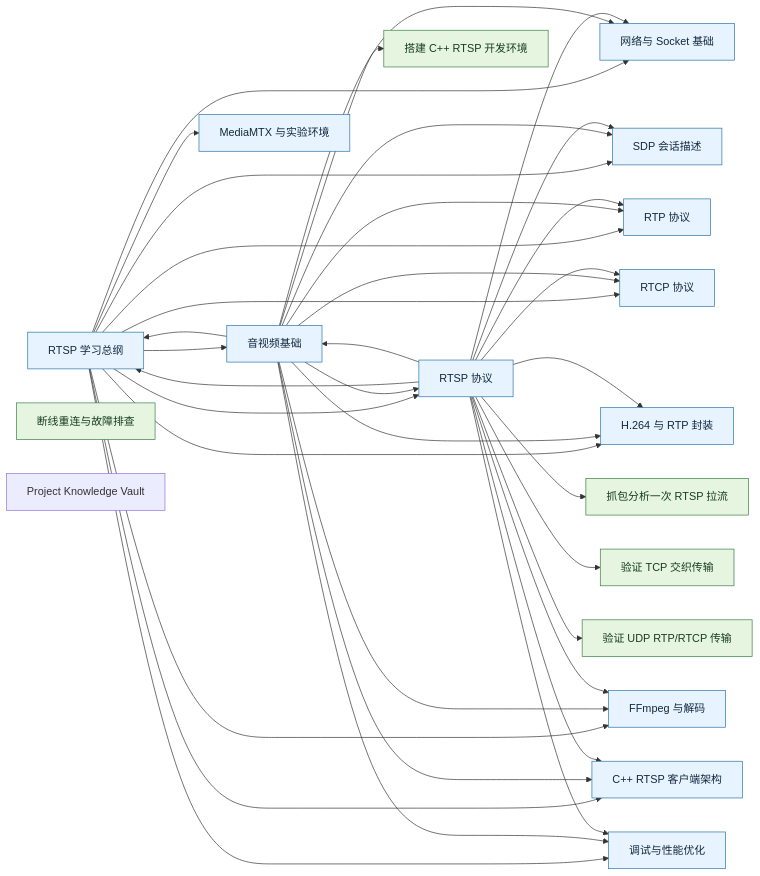
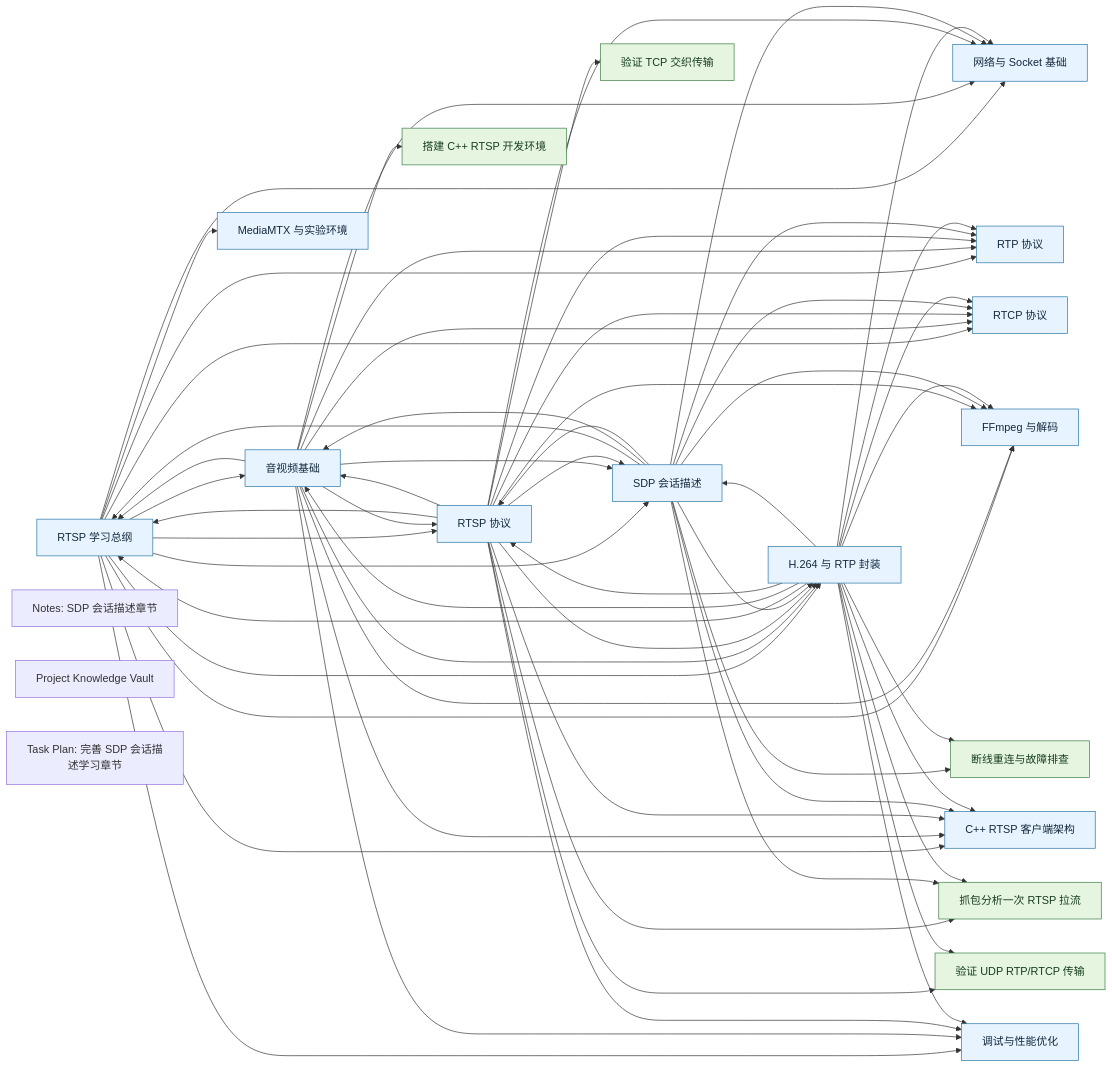
The diagram in .knowledge-vault/graph.md (18828644614/rtsp), drawn with Mermaid before and after one commit. The commit also changed other lines of this file and 7 other files, not shown here.

```diff
--- a/.knowledge-vault/graph.md
+++ b/.knowledge-vault/graph.md
@@ -38,7 +38,9 @@
     class n15 runbook
     n16["断线重连与故障排查"]
     class n16 runbook
-    n17["Project Knowledge Vault"]
+    n17["Notes: SDP 会话描述章节"]
+    n18["Project Knowledge Vault"]
+    n19["Task Plan: 完善 SDP 会话描述学习章节"]
     n0 --> n1
     n0 --> n2
     n0 --> n3
@@ -74,6 +76,30 @@
     n3 --> n13
     n3 --> n14
     n3 --> n15
+    n4 --> n0
+    n4 --> n1
+    n4 --> n2
+    n4 --> n3
+    n4 --> n5
+    n4 --> n6
+    n4 --> n7
+    n4 --> n8
+    n4 --> n10
+    n4 --> n13
+    n4 --> n16
+    n7 --> n0
+    n7 --> n1
+    n7 --> n2
+    n7 --> n3
+    n7 --> n4
+    n7 --> n5
+    n7 --> n6
+    n7 --> n8
+    n7 --> n10
+    n7 --> n11
+    n7 --> n13
+    n7 --> n15
+    n7 --> n16
     classDef session fill:#f4f4f4,stroke:#666,color:#222
     classDef topic fill:#e7f3ff,stroke:#2774a8,color:#13293d
     classDef decision fill:#fff2cc,stroke:#a67c00,color:#3d3000
```
